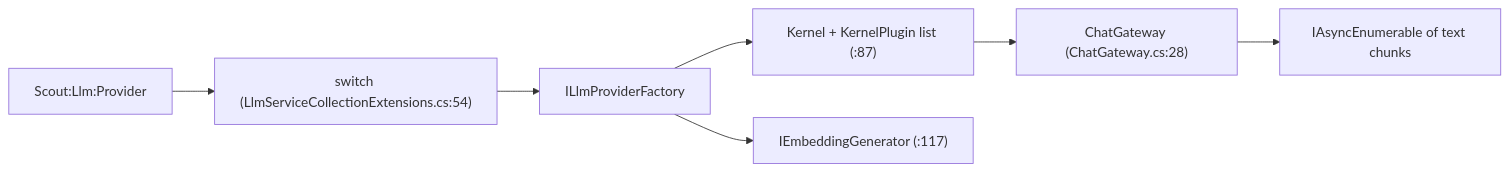
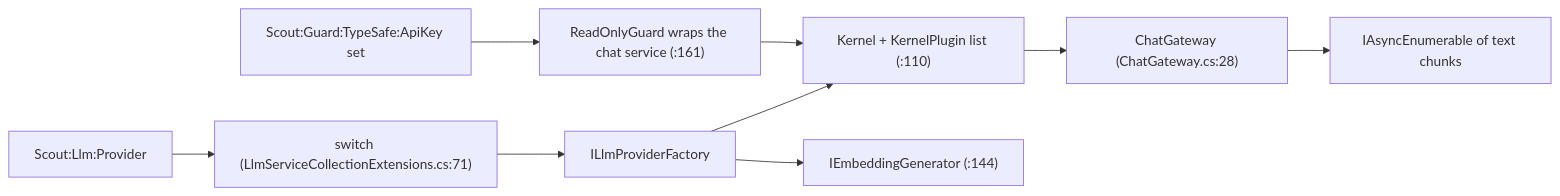
Before and after one commit to vitorafgomes/scout: the diagram in vault/pages/services/llm.md, drawn with Mermaid. The commit also changed other lines of this file and 158 other files, not shown here.

````diff
--- a/vault/pages/services/llm.md
+++ b/vault/pages/services/llm.md
@@ -40,9 +41,11 @@
 ```mermaid
 flowchart LR
-    cfg["Scout:Llm:Provider"] --> sw["switch (LlmServiceCollectionExtensions.cs:54)"]
+    cfg["Scout:Llm:Provider"] --> sw["switch (LlmServiceCollectionExtensions.cs:71)"]
     sw --> fac["ILlmProviderFactory"]
-    fac --> k["Kernel + KernelPlugin list (:87)"]
+    fac --> k["Kernel + KernelPlugin list (:110)"]
+    guard["Scout:Guard:TypeSafe:ApiKey set"] --> g["ReadOnlyGuard wraps the chat service (:161)"]
+    g --> k
     k --> gw["ChatGateway (ChatGateway.cs:28)"]
-    fac --> emb["IEmbeddingGenerator (:117)"]
+    fac --> emb["IEmbeddingGenerator (:144)"]
     gw --> out["IAsyncEnumerable of text chunks"]
 ```
````
